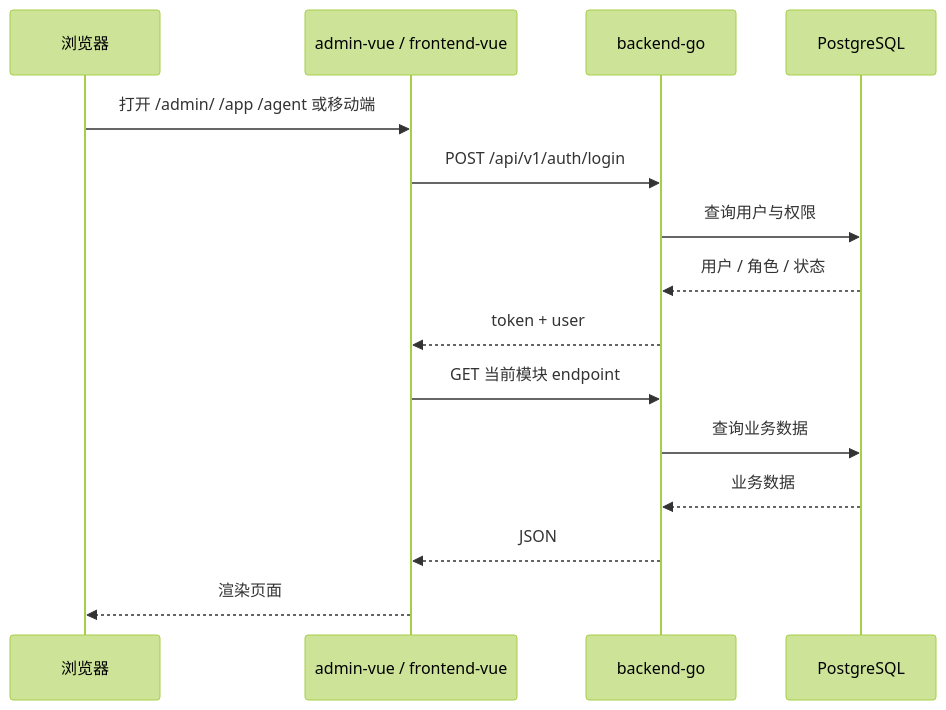
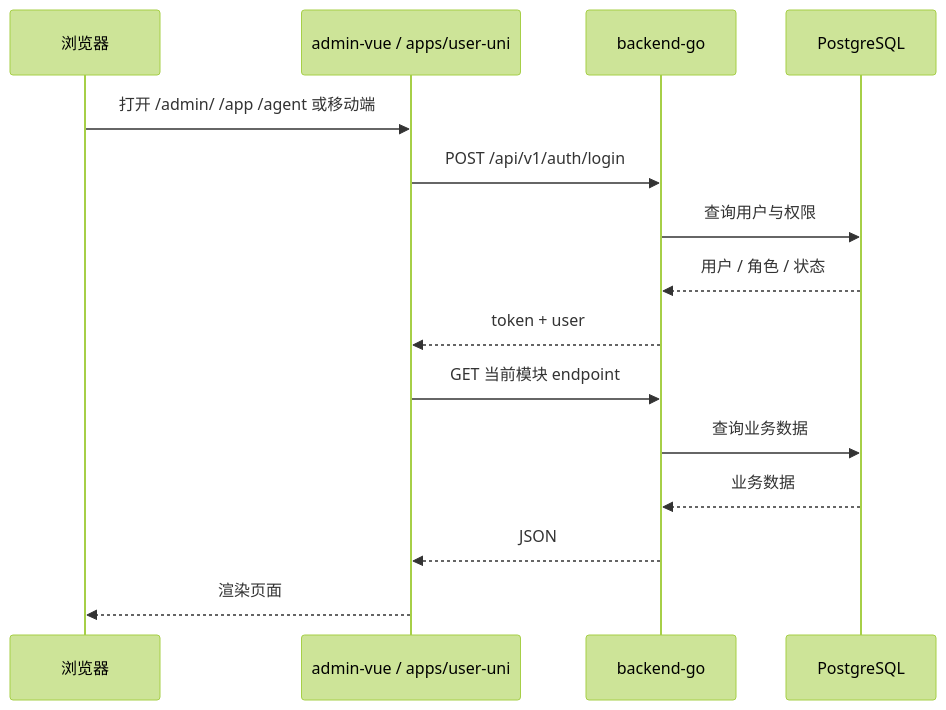
The second of 5 diagrams in docs/project-functional-architecture.md (lmxchyy/zhiqiyun-ai), drawn with Mermaid (forest theme) before and after one commit. The commit also changed other lines of this file and 264 other files, not shown here.

````diff
--- a/docs/project-functional-architecture.md
+++ b/docs/project-functional-architecture.md
@@ -280,18 +282,18 @@
 ```mermaid
 sequenceDiagram
   participant Browser as 浏览器
-  participant FE as admin-vue / frontend-vue
+  participant FE as admin-vue / apps/user-uni
   participant API as backend-go
   participant DB as PostgreSQL
 
   Browser->>FE: 打开 /admin/ /app /agent 或移动端
   FE->>API: POST /api/v1/auth/login
   API->>DB: 查询用户与权限
   DB-->>API: 用户 / 角色 / 状态
   API-->>FE: token + user
   FE->>API: GET 当前模块 endpoint
   API->>DB: 查询业务数据
   DB-->>API: 业务数据
   API-->>FE: JSON
   FE-->>Browser: 渲染页面
 ```
````
